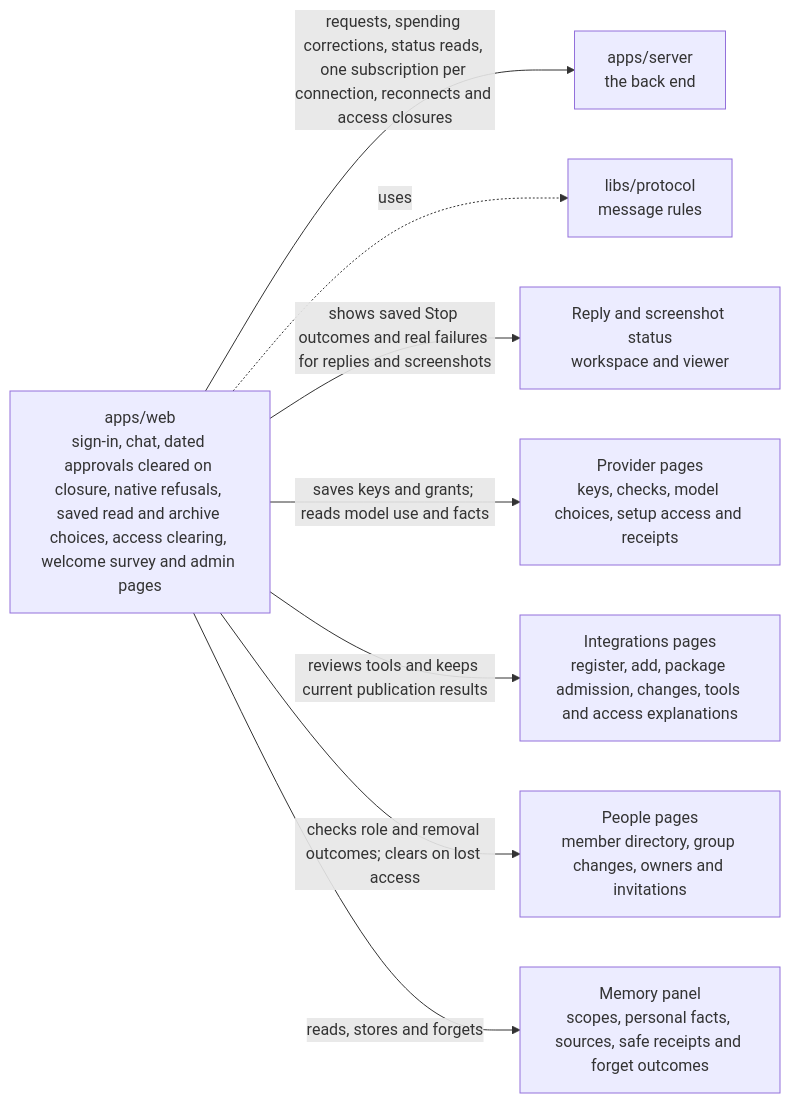
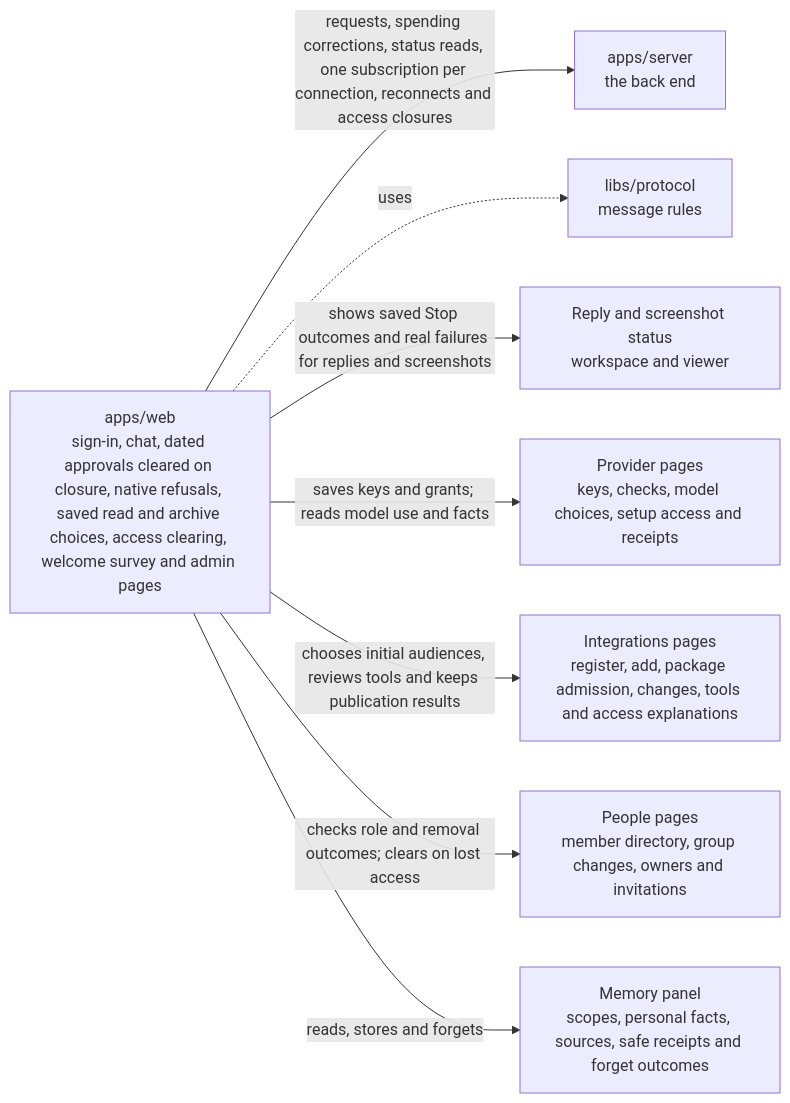
The diagram in apps/web/README.md (elewa-git/opencrane-new), drawn with Mermaid before and after one commit. The commit also changed other lines of this file and 12 other files, not shown here.

````diff
--- a/apps/web/README.md
+++ b/apps/web/README.md
@@ -11,10 +11,10 @@
 ```mermaid
 flowchart LR
   web["apps/web<br/>sign-in, chat, dated approvals cleared on closure, native refusals, saved read and archive choices, access clearing, welcome survey and admin pages"] -->|requests, spending corrections, status reads, one subscription per connection, reconnects and access closures| server["apps/server<br/>the back end"]
   web -.->|uses| protocol["libs/protocol<br/>message rules"]
   web -->|shows saved Stop outcomes and real failures for replies and screenshots| capture["Reply and screenshot status<br/>workspace and viewer"]
   web -->|saves keys and grants; reads model use and facts| providers["Provider pages<br/>keys, checks, model choices, setup access and receipts"]
-  web -->|reviews tools and keeps current publication results| integrations["Integrations pages<br/>register, add, package admission, changes, tools and access explanations"]
+  web -->|chooses initial audiences, reviews tools and keeps publication results| integrations["Integrations pages<br/>register, add, package admission, changes, tools and access explanations"]
   web -->|checks role and removal outcomes; clears on lost access| people["People pages<br/>member directory, group changes, owners and invitations"]
   web -->|reads, stores and forgets| memory["Memory panel<br/>scopes, personal facts, sources, safe receipts and forget outcomes"]
 ```
````
